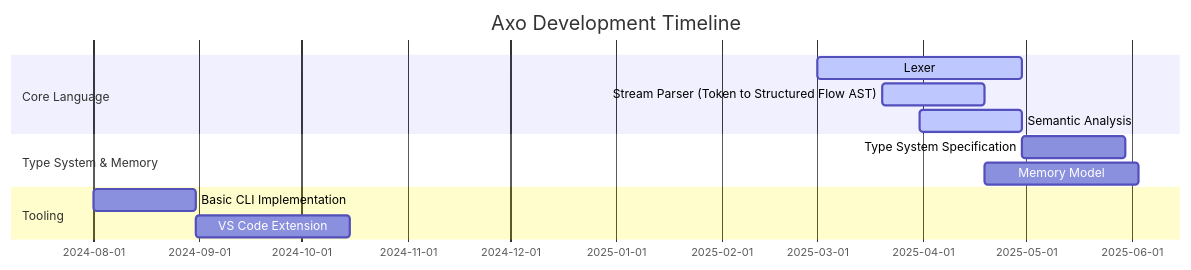
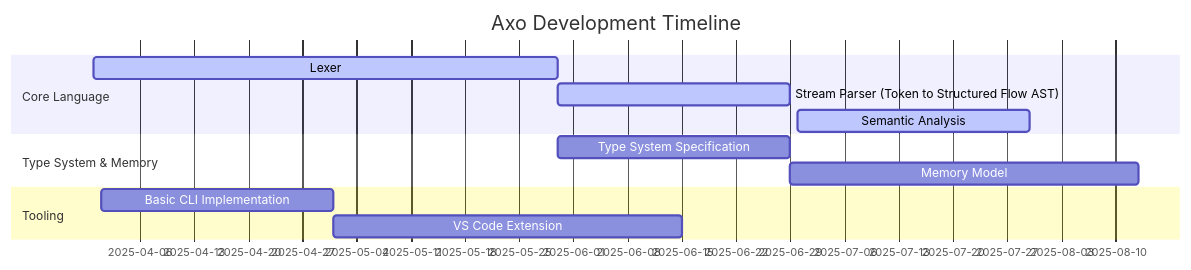
Before and after one commit to liagha/axo: the diagram in roadmap.md, drawn with Mermaid. The commit also changed other lines of this file, not shown here.

````diff
--- a/roadmap.md
+++ b/roadmap.md
@@ -10,18 +10,18 @@
 ```mermaid
 gantt
     title Axo Development Timeline
     dateFormat  YYYY-MM-DD
 
     section Core Language
-        Lexer                     :active, des1, 2025-03-01, 60d
-        Stream Parser (Token to Structured Flow AST) : active, des2, 2025-03-20, 30d
-        Semantic Analysis         :active, des3, 2025-03-31, 30d
+        Lexer                     :active, des1, 2025-03-31, 60d
+        Stream Parser (Token to Structured Flow AST) : active, des2, 2025-05-30, 30d
+        Semantic Analysis         :active, des3, 2025-06-30, 30d
 
     section Type System & Memory
         Type System Specification :         des6, after des1, 30d
         Memory Model              :         des7, after des2, 45d
 
     section Tooling
-        Basic CLI Implementation  :         des4, 2024-08-01, 30d
+        Basic CLI Implementation  :         des4, 2025-04-01, 30d
         VS Code Extension         :         des5, after des4, 45d
 ```
````
